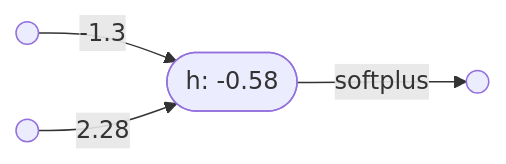
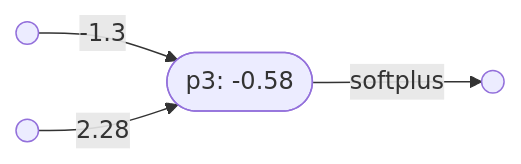
Before and after one commit to conmaol/maglocunus: the fourth of 5 diagrams in nodes/neural_networks.md, drawn with Mermaid. The commit also changed other lines of this file, not shown here.

````diff
--- a/nodes/neural_networks.md
+++ b/nodes/neural_networks.md
@@ -54,6 +54,6 @@
 ```mermaid
 graph LR
-    D(( )) -- "-1.3" --> F(["h: -0.58"])
+    D(( )) -- "-1.3" --> F(["p3: -0.58"])
     E(( )) -- "2.28" --> F
     F -- "softplus" --> G(( ))
 ```
````
